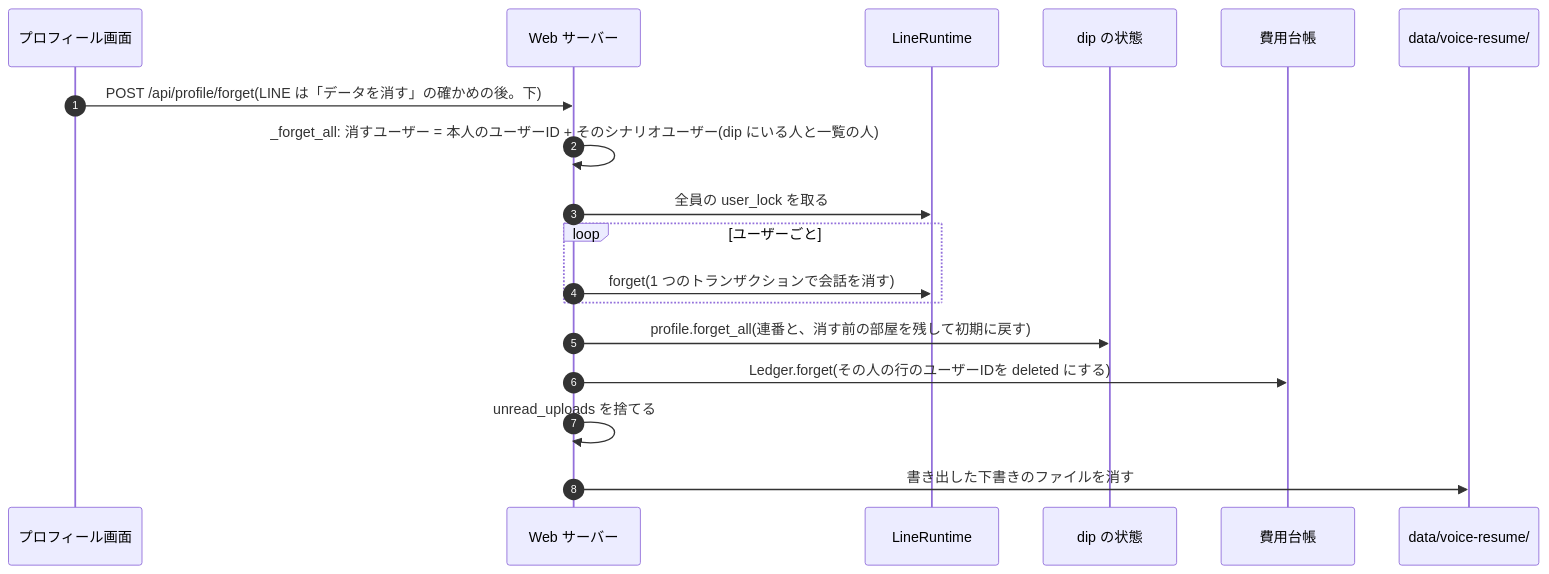
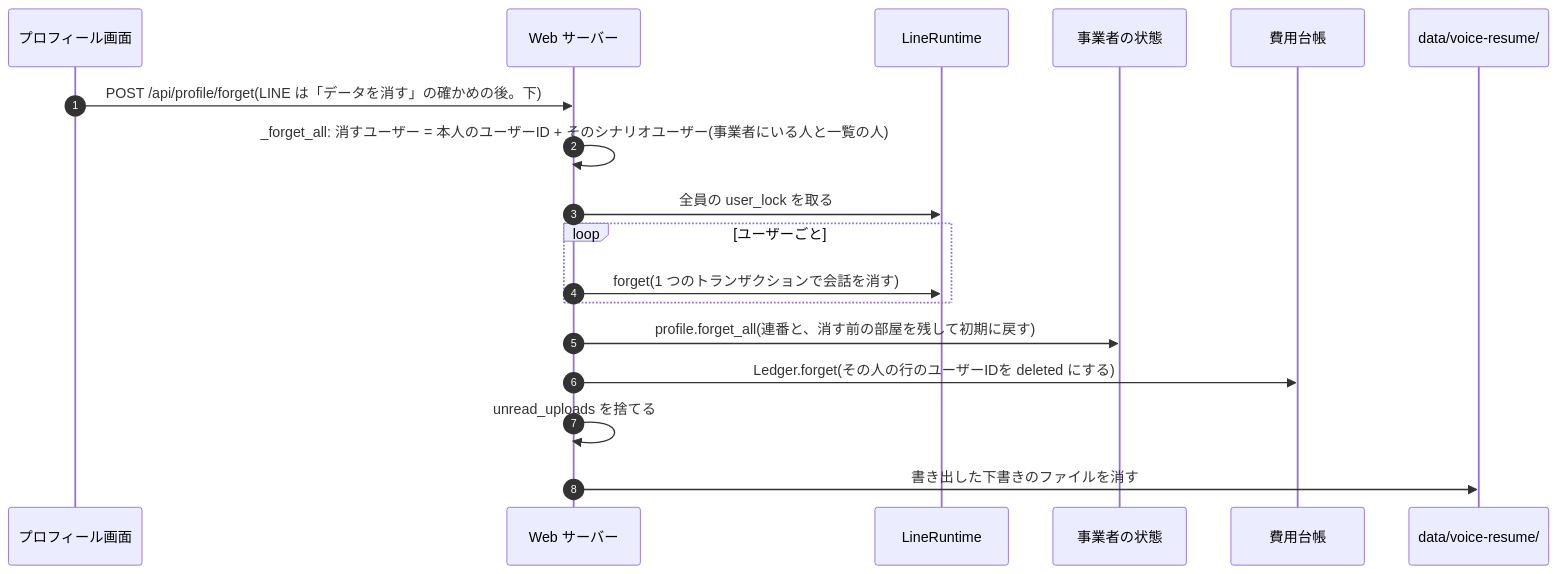
One commit to jyoka/aica changed the eighth of 12 diagrams in docs/architecture/lld.md. Above: the diagram before and after it, drawn with Mermaid. The commit also changed other lines of this file and 51 other files, not shown here.

````diff
--- a/docs/architecture/lld.md
+++ b/docs/architecture/lld.md
@@ -1062,21 +1062,21 @@
 ```mermaid
 sequenceDiagram
     autonumber
     participant P as プロフィール画面
     participant S as Web サーバー
     participant R as LineRuntime
-    participant D as dip の状態
+    participant D as 事業者の状態
     participant L as 費用台帳
     participant F as data/voice-resume/
 
     P->>S: POST /api/profile/forget(LINE は「データを消す」の確かめの後。下)
-    S->>S: _forget_all: 消すユーザー = 本人のユーザーID + そのシナリオユーザー(dip にいる人と一覧の人)
+    S->>S: _forget_all: 消すユーザー = 本人のユーザーID + そのシナリオユーザー(事業者にいる人と一覧の人)
     S->>R: 全員の user_lock を取る
     loop ユーザーごと
         S->>R: forget(1 つのトランザクションで会話を消す)
     end
     S->>D: profile.forget_all(連番と、消す前の部屋を残して初期に戻す)
     S->>L: Ledger.forget(その人の行のユーザーIDを deleted にする)
     S->>S: unread_uploads を捨てる
     S->>F: 書き出した下書きのファイルを消す
 ```
````
